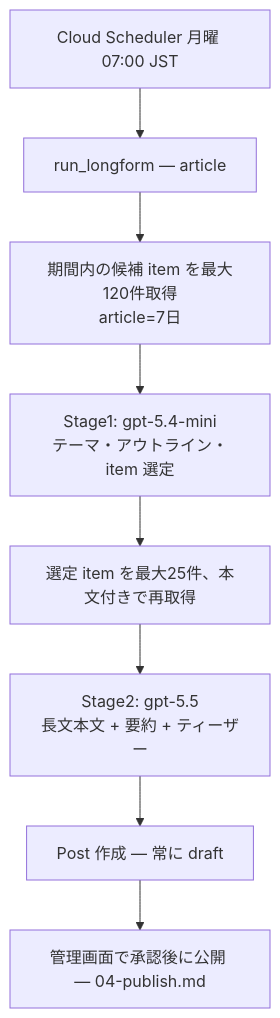
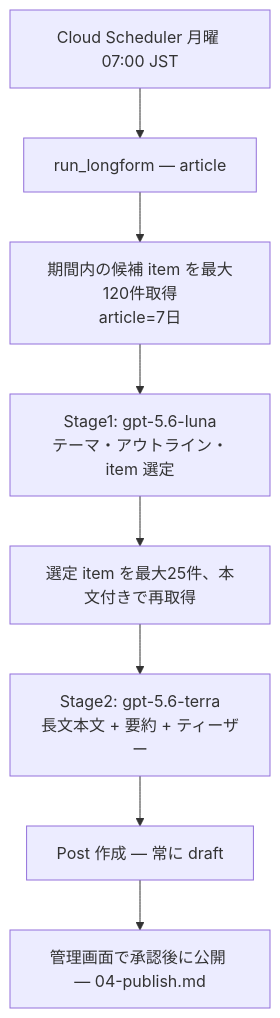
The second of 2 diagrams in docs/tech-report/05-detailed-design/03-generate.md (moc9058/trend-news-generator), drawn with Mermaid before and after one commit. The commit also changed other lines of this file and 90 other files, not shown here.

````diff
--- a/docs/tech-report/05-detailed-design/03-generate.md
+++ b/docs/tech-report/05-detailed-design/03-generate.md
@@ -56,10 +56,10 @@
 ```mermaid
 flowchart TD
   A["Cloud Scheduler 月曜 07:00 JST"] --> B["run_longform — article"]
   B --> C["期間内の候補 item を最大120件取得<br>article=7日"]
-  C --> E["Stage1: gpt-5.4-mini<br>テーマ・アウトライン・item 選定"]
+  C --> E["Stage1: gpt-5.6-luna<br>テーマ・アウトライン・item 選定"]
   E --> F["選定 item を最大25件、本文付きで再取得"]
-  F --> G["Stage2: gpt-5.5<br>長文本文 + 要約 + ティーザー"]
+  F --> G["Stage2: gpt-5.6-terra<br>長文本文 + 要約 + ティーザー"]
   G --> H["Post 作成 — 常に draft"]
   H --> I["管理画面で承認後に公開 — 04-publish.md"]
 ```
````
